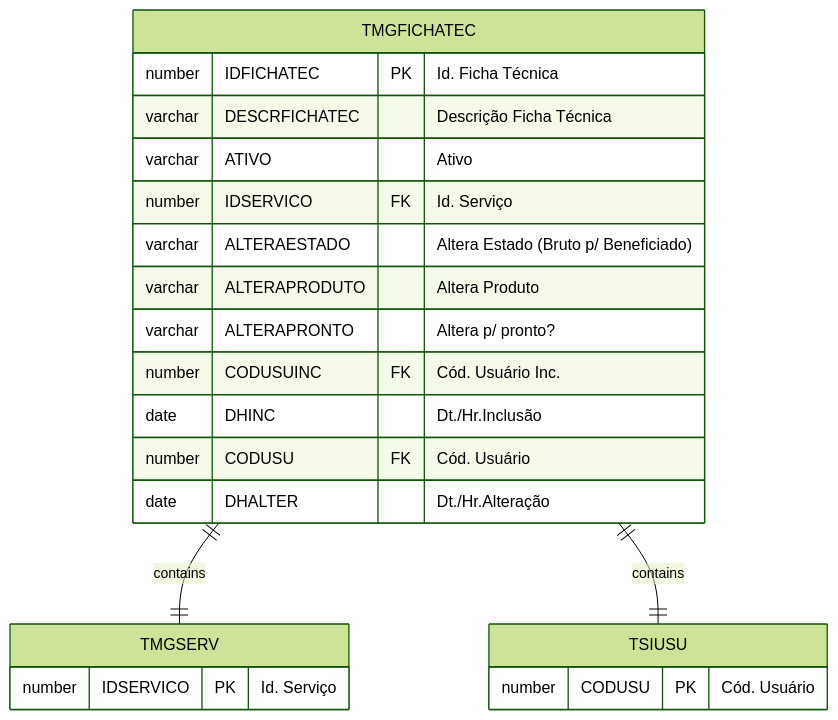
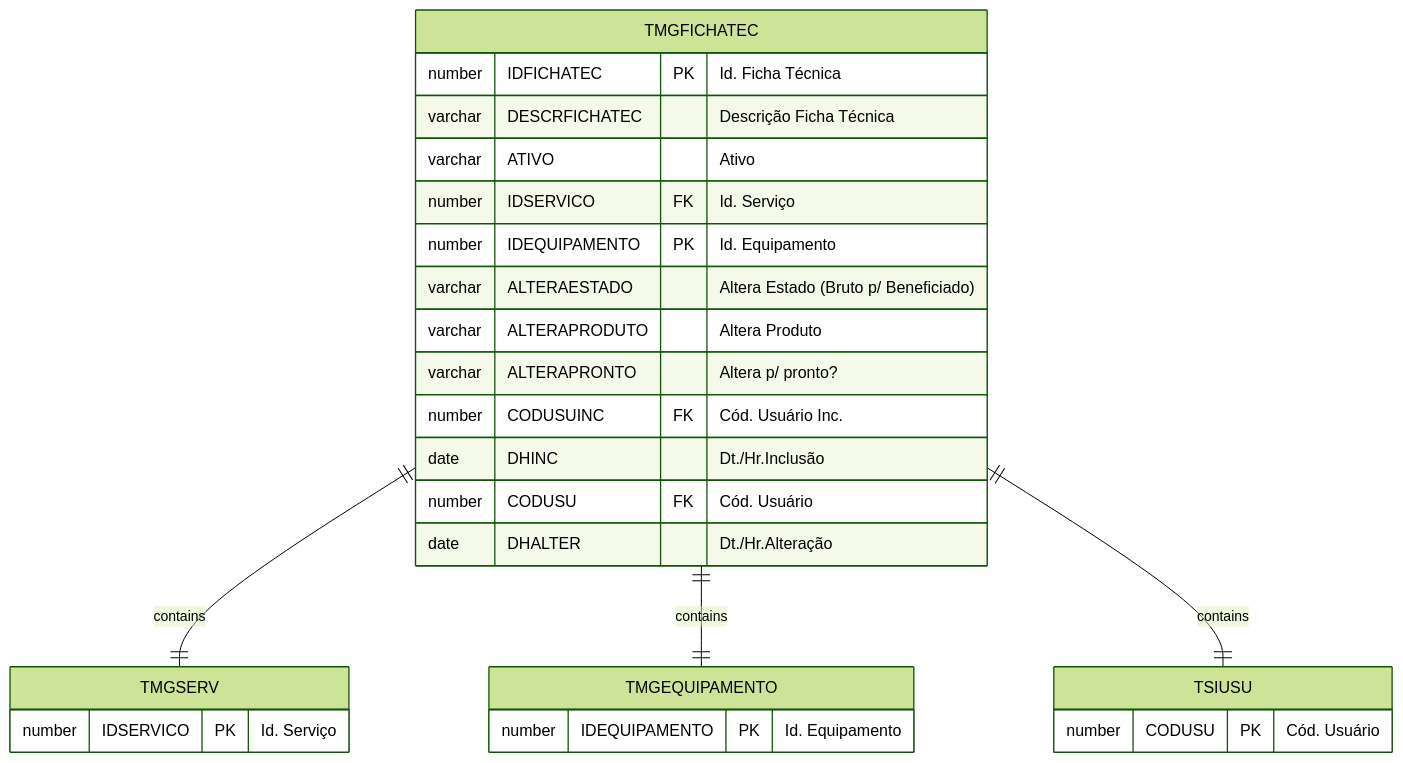
Before and after one commit to cbmsoft/margrandocs: the diagram in docs/_database/TMGFICHATEC.md, drawn with Mermaid (forest theme). The commit also changed 5 other files, not shown here.

````diff
--- a/docs/_database/TMGFICHATEC.md
+++ b/docs/_database/TMGFICHATEC.md
@@ -41,25 +41,30 @@
 ```mermaid
 erDiagram
     TMGFICHATEC ||--|| TMGSERV : contains
+    TMGFICHATEC ||--|| TMGEQUIPAMENTO : contains
     TMGFICHATEC ||--|| TSIUSU : contains
 
 	TMGFICHATEC {
 		number IDFICHATEC PK "Id. Ficha Técnica"
         varchar DESCRFICHATEC "Descrição Ficha Técnica"
         varchar ATIVO "Ativo"
         number IDSERVICO FK "Id. Serviço"
+        number IDEQUIPAMENTO PK "Id. Equipamento"
         varchar ALTERAESTADO "Altera Estado (Bruto p/ Beneficiado)"
         varchar ALTERAPRODUTO "Altera Produto"
         varchar ALTERAPRONTO "Altera p/ pronto?"
         number CODUSUINC FK "Cód. Usuário Inc."
         date DHINC "Dt./Hr.Inclusão"
         number CODUSU FK "Cód. Usuário"
         date DHALTER "Dt./Hr.Alteração"
 	}
 	TMGSERV {
 		number IDSERVICO PK "Id. Serviço"
 	}
+	TMGEQUIPAMENTO {
+		number IDEQUIPAMENTO PK "Id. Equipamento"
+	}
     TSIUSU {
         number CODUSU PK "Cód. Usuário"
     }
 ```
````
